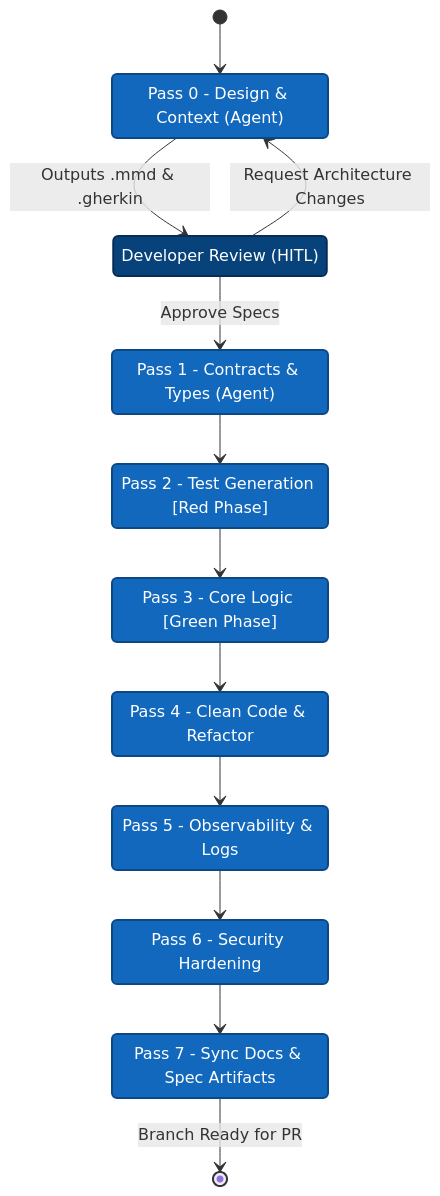
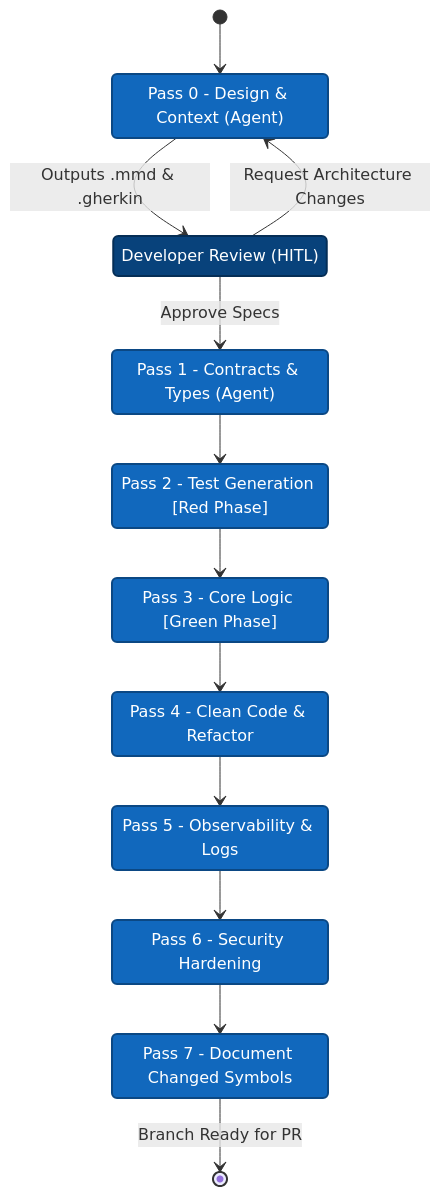
One commit to Nistapp/agentic-tdd changed the second of 2 diagrams in docs/architecture/user-overview/02-high-level-architecture.md. Above: the diagram before and after it, drawn with Mermaid. The commit also changed 15 other files, not shown here.

First line of the commit message:
feat(agents): scope pass-7 documentation to changed symbols

````diff
--- a/docs/architecture/user-overview/02-high-level-architecture.md
+++ b/docs/architecture/user-overview/02-high-level-architecture.md
@@ -89,51 +89,51 @@
 ```mermaid
 stateDiagram-v2
     classDef human fill:#08427b,color:#fff,stroke:#052e56,stroke-width:2px
     classDef agent fill:#1168bd,color:#fff,stroke:#0b4884,stroke-width:2px
 
     [*] --> Pass_0
 
     Pass_0 : Pass 0 - Design & Context (Agent)
     class Pass_0 agent
 
     HITL : Developer Review (HITL)
     class HITL human
 
     Pass_0 --> HITL : Outputs .mmd & .gherkin
     HITL --> Pass_0 : Request Architecture Changes
     HITL --> Pass_1 : Approve Specs
 
     Pass_1 : Pass 1 - Contracts & Types (Agent)
     class Pass_1 agent
 
     Pass_2 : Pass 2 - Test Generation [Red Phase]
     class Pass_2 agent
 
     Pass_1 --> Pass_2
     Pass_2 --> Pass_3
 
     Pass_3 : Pass 3 - Core Logic [Green Phase]
     class Pass_3 agent
 
     Pass_3 --> Pass_4
 
     Pass_4 : Pass 4 - Clean Code & Refactor
     class Pass_4 agent
 
     Pass_4 --> Pass_5
 
     Pass_5 : Pass 5 - Observability & Logs
     class Pass_5 agent
 
     Pass_5 --> Pass_6
 
     Pass_6 : Pass 6 - Security Hardening
     class Pass_6 agent
 
     Pass_6 --> Pass_7
 
-    Pass_7 : Pass 7 - Sync Docs & Spec Artifacts
+    Pass_7 : Pass 7 - Document Changed Symbols
     class Pass_7 agent
 
     Pass_7 --> [*] : Branch Ready for PR
 ```
````
